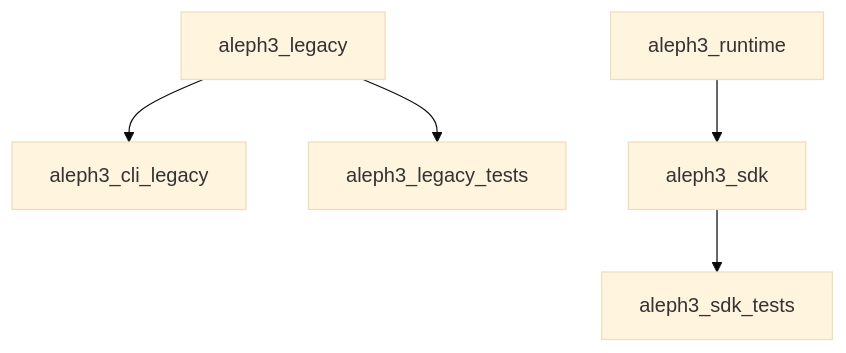
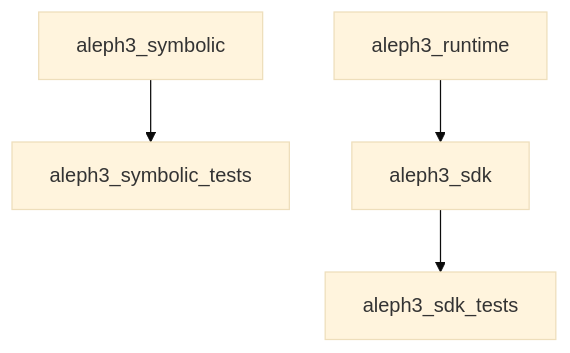
Before and after one commit to sergiorf/aleph3: the second of 2 diagrams in docs/sdk/README.md, drawn with Mermaid (base theme). The commit also changed other lines of this file and 28 other files, not shown here.

````diff
--- a/docs/sdk/README.md
+++ b/docs/sdk/README.md
@@ -50,7 +59,6 @@
 ```mermaid
 flowchart TD
-    Legacy["aleph3_legacy"] --> LegacyCli["aleph3_cli_legacy"]
+    Symbolic["aleph3_symbolic"] --> SymbolicTests["aleph3_symbolic_tests"]
     Runtime["aleph3_runtime"] --> Sdk["aleph3_sdk"]
     Sdk --> SdkTests["aleph3_sdk_tests"]
-    Legacy --> LegacyTests["aleph3_legacy_tests"]
 ```
````
